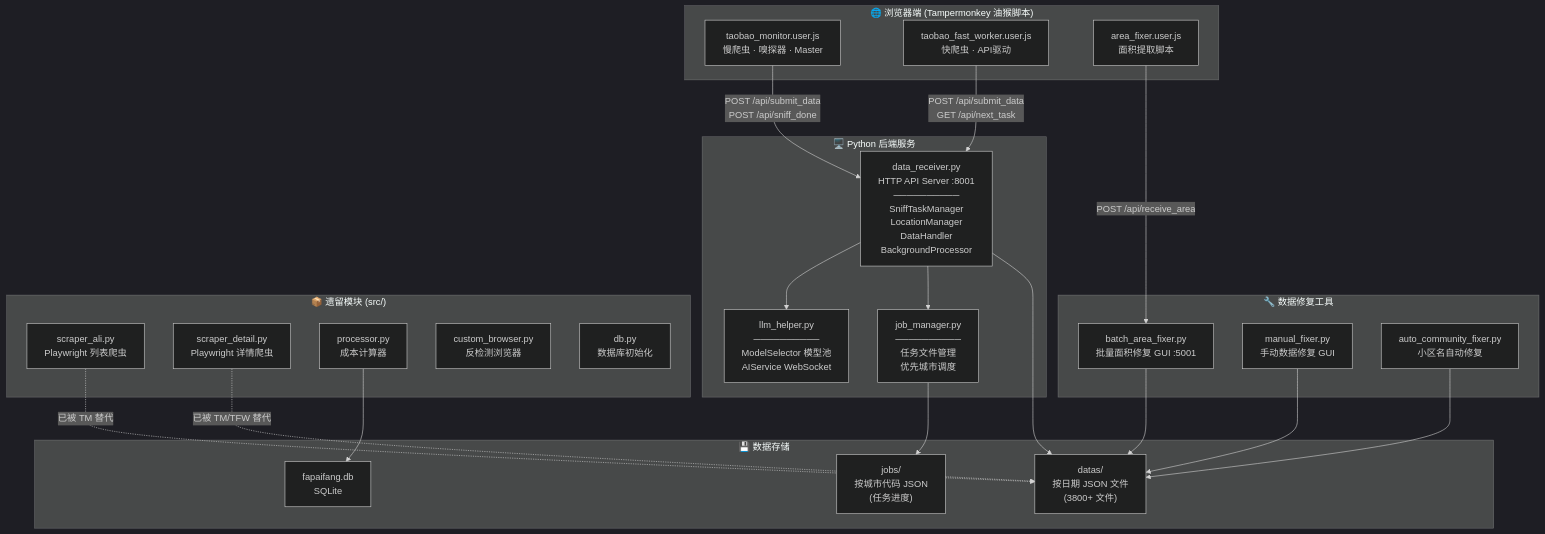
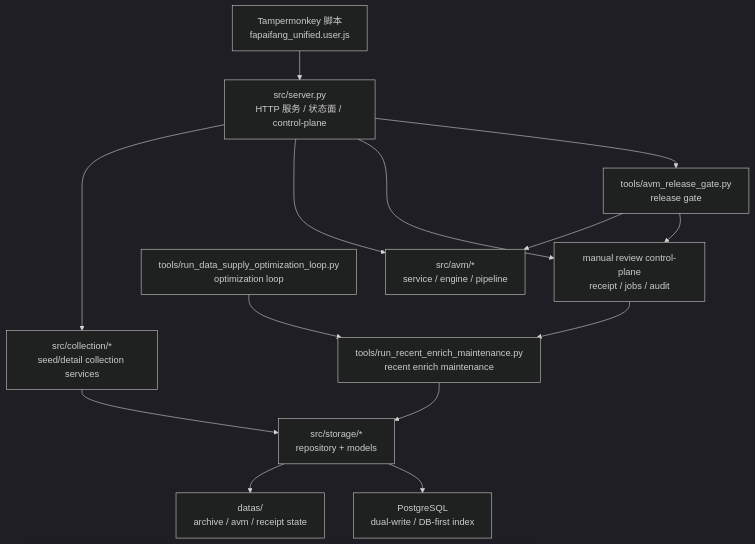
One commit to aiaimimi0920/dieleme changed the diagram in architecture.md. Above: the diagram before and after it, drawn with Mermaid (dark theme). The commit also changed other lines of this file and 21 other files, not shown here.

````diff
--- a/architecture.md
+++ b/architecture.md
@@ -17,51 +31,28 @@
 ```mermaid
-graph TB
-    subgraph 浏览器端["🌐 浏览器端 (Tampermonkey 油猴脚本)"]
-        TM["taobao_monitor.user.js<br>慢爬虫 · 嗅探器 · Master"]
-        TFW["taobao_fast_worker.user.js<br>快爬虫 · API驱动"]
-        AF["area_fixer.user.js<br>面积提取脚本"]
-    end
+graph TD
+    TM["Tampermonkey 脚本<br/>fapaifang_unified.user.js"]
+    API["src/server.py<br/>HTTP 服务 / 状态面 / control-plane"]
+    COL["src/collection/*<br/>seed/detail collection services"]
+    STORE["src/storage/*<br/>repository + models"]
+    JSON["datas/<br/>archive / avm / receipt state"]
+    DB["PostgreSQL<br/>dual-write / DB-first index"]
+    AVM["src/avm/*<br/>service / engine / pipeline"]
+    MAINT["tools/run_recent_enrich_maintenance.py<br/>recent enrich maintenance"]
+    LOOP["tools/run_data_supply_optimization_loop.py<br/>optimization loop"]
+    GATE["tools/avm_release_gate.py<br/>release gate"]
+    RECEIPT["manual review control-plane<br/>receipt / jobs / audit"]
 
-    subgraph 后端["🖥️ Python 后端服务"]
-        DR["data_receiver.py<br>HTTP API Server :8001<br>──────────<br>SniffTaskManager<br>LocationManager<br>DataHandler<br>BackgroundProcessor"]
-        LLM["llm_helper.py<br>──────────<br>ModelSelector 模型池<br>AIService WebSocket"]
-        JM["job_manager.py<br>──────────<br>任务文件管理<br>优先城市调度"]
-    end
-
-    subgraph 数据修复["🔧 数据修复工具"]
-        BAF["batch_area_fixer.py<br>批量面积修复 GUI :5001"]
-        MF["manual_fixer.py<br>手动数据修复 GUI"]
-        ACF["auto_community_fixer.py<br>小区名自动修复"]
-    end
-
-    subgraph 数据存储["💾 数据存储"]
-        DATAS["datas/<br>按日期 JSON 文件<br>(3800+ 文件)"]
-        JOBS["jobs/<br>按城市代码 JSON<br>(任务进度)"]
-        DB["fapaifang.db<br>SQLite"]
-    end
-
-    subgraph 遗留模块["📦 遗留模块 (src/)"]
-        SA["scraper_ali.py<br>Playwright 列表爬虫"]
-        SD["scraper_detail.py<br>Playwright 详情爬虫"]
-        PROC["processor.py<br>成本计算器"]
-        CB["custom_browser.py<br>反检测浏览器"]
-        DBM["db.py<br>数据库初始化"]
-    end
-
-    TM -->|"POST /api/submit_data<br>POST /api/sniff_done"| DR
-    TFW -->|"POST /api/submit_data<br>GET /api/next_task"| DR
-    AF -->|"POST /api/receive_area"| BAF
-
-    DR --> LLM
-    DR --> JM
-    DR --> DATAS
-    JM --> JOBS
-
-    BAF --> DATAS
-    MF --> DATAS
-    ACF --> DATAS
-
-    SA -.->|"已被 TM 替代"| DATAS
-    SD -.->|"已被 TM/TFW 替代"| DATAS
-    PROC --> DB
+    TM --> API
+    API --> COL
+    COL --> STORE
+    STORE --> JSON
+    STORE --> DB
+    API --> AVM
+    API --> RECEIPT
+    RECEIPT --> MAINT
+    MAINT --> STORE
+    LOOP --> MAINT
+    GATE --> AVM
+    GATE --> RECEIPT
+    API --> GATE
 ```
````
